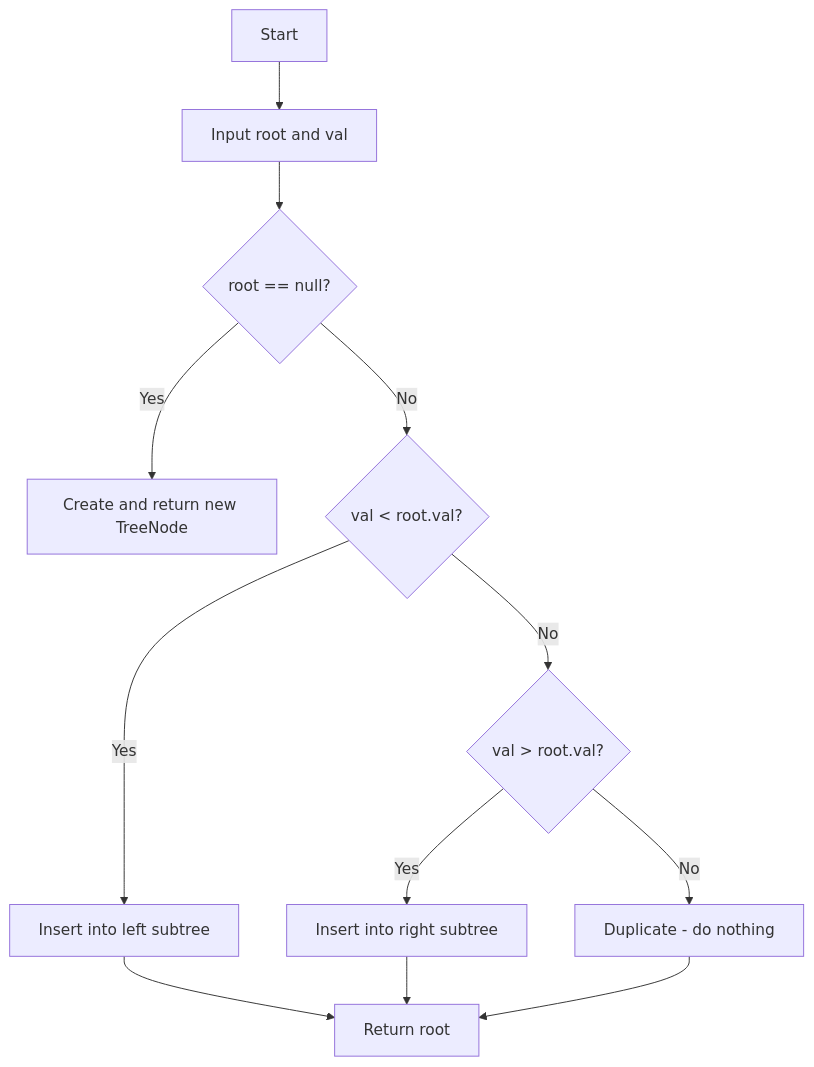
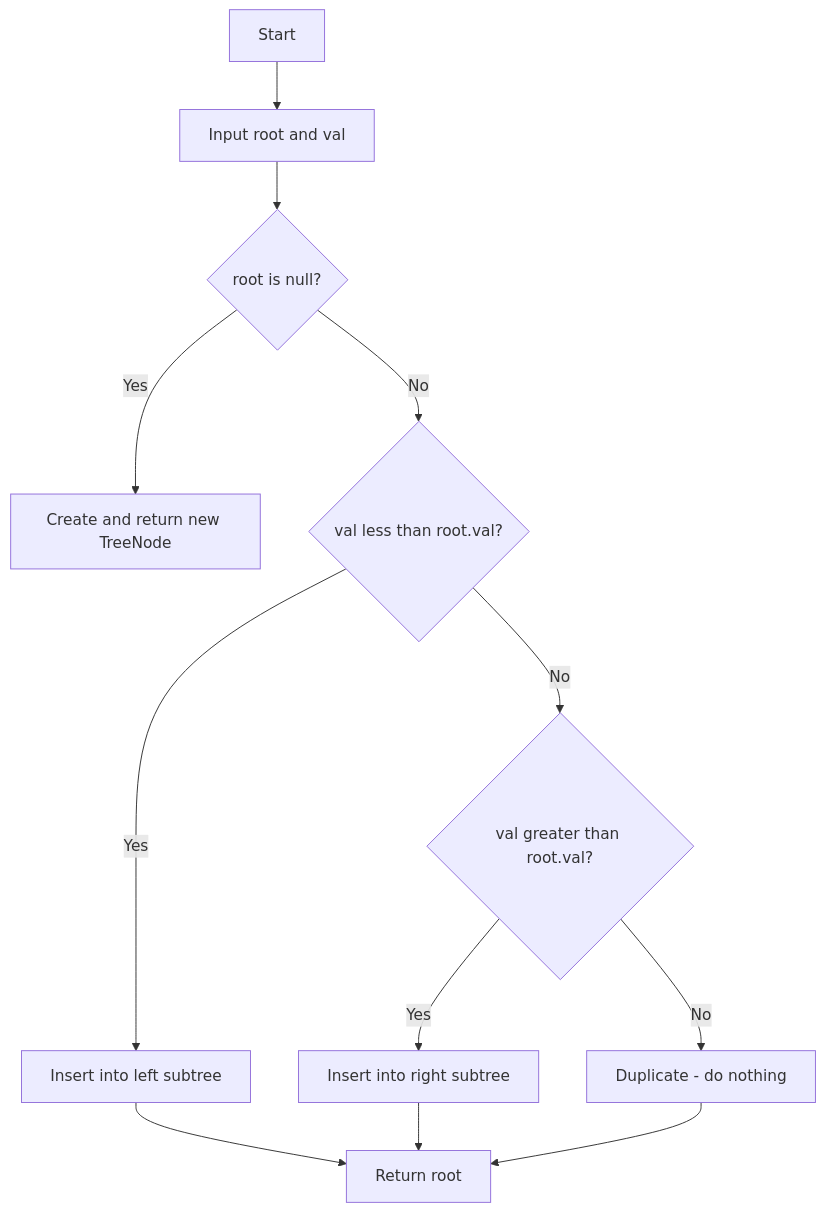
One commit to brovy23-GD/Rovy_Assignment_7.3_Search_BST changed the third of 4 diagrams in README.md. Above: the diagram before and after it, drawn with Mermaid. The commit also changed other lines of this file, not shown here.

````diff
--- a/README.md
+++ b/README.md
@@ -140,14 +135,14 @@
 ```mermaid
 flowchart TD
     A[Start] --> B[Input root and val]
-    B --> C{root == null?}
+    B --> C{root is null?}
     C -->|Yes| D[Create and return new TreeNode]
-    C -->|No| E{val < root.val?}
+    C -->|No| E{val less than root.val?}
     E -->|Yes| F[Insert into left subtree]
-    E -->|No| G{val > root.val?}
+    F --> J[Return root]
+    E -->|No| G{val greater than root.val?}
     G -->|Yes| H[Insert into right subtree]
+    H --> J
     G -->|No| I[Duplicate - do nothing]
-    F --> J[Return root]
-    H --> J
     I --> J
 ```
````
